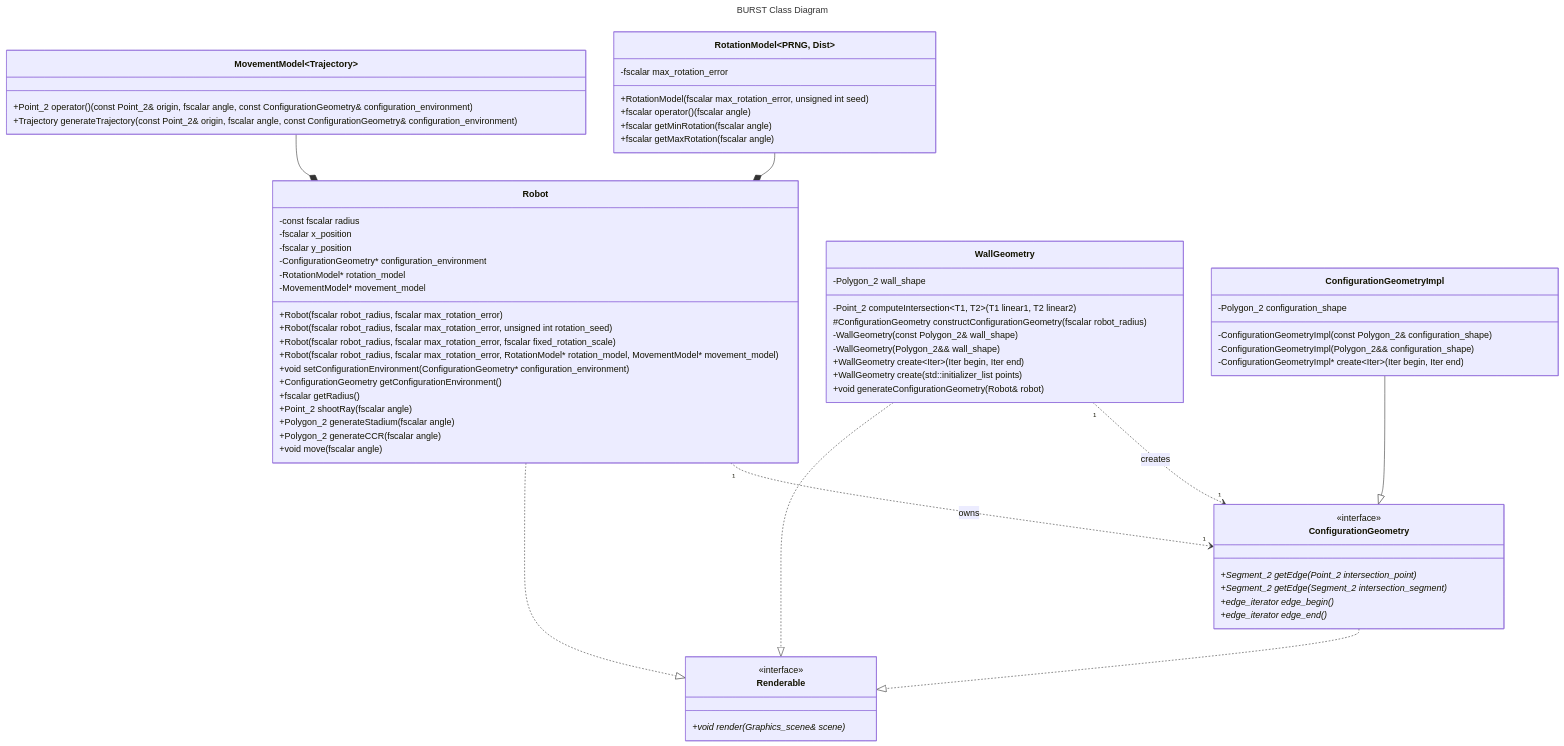
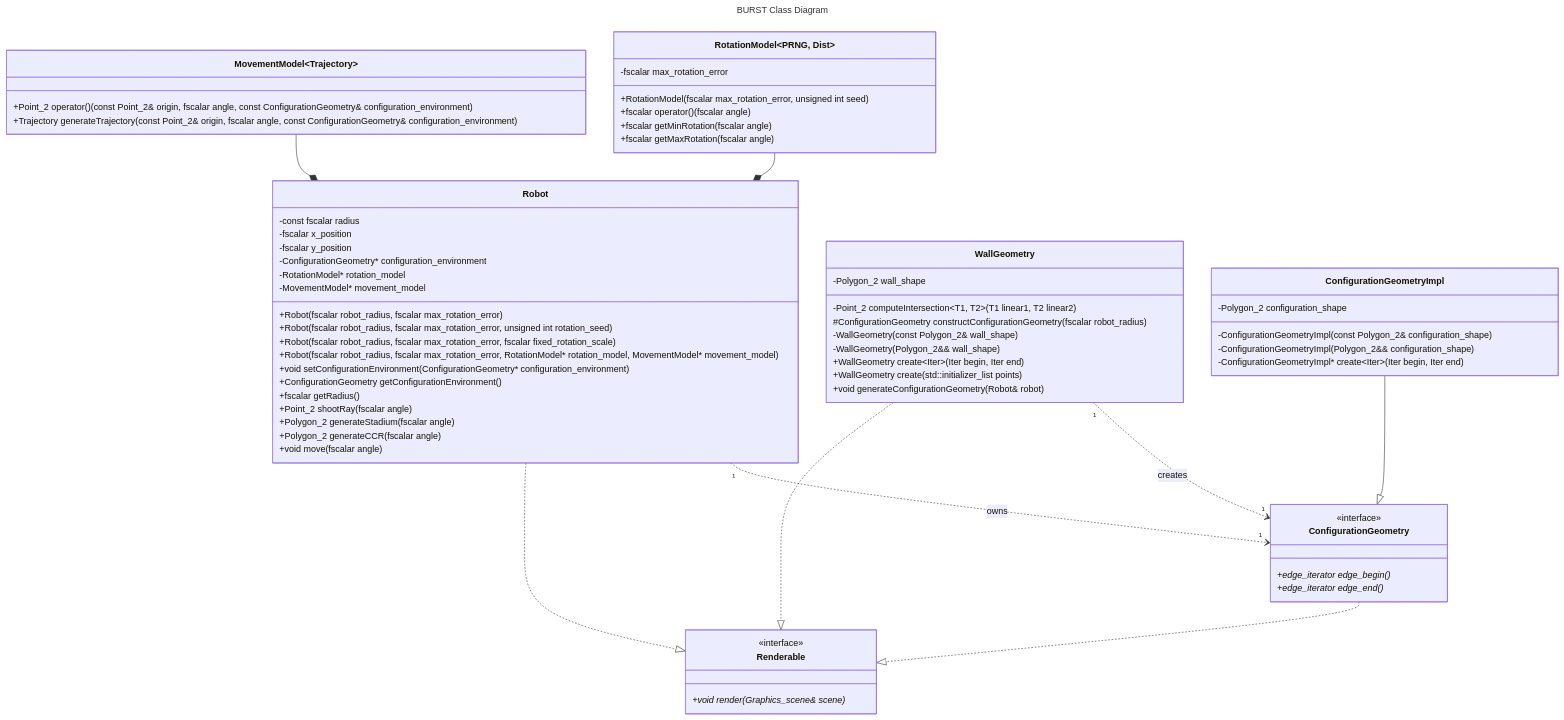
One commit to KedarPanchal/DAIR-BURST changed the diagram in docs/DESIGN.md. Above: the diagram before and after it, drawn with Mermaid. The commit also changed other lines of this file and 2 other files, not shown here.

````diff
--- a/docs/DESIGN.md
+++ b/docs/DESIGN.md
@@ -16,82 +16,80 @@
 ```mermaid
 ---
 title: BURST Class Diagram
 ---
 classDiagram
     direction TD
     class RotationModel~PRNG, Dist~ {
         -fscalar max_rotation_error
         
         +RotationModel(fscalar max_rotation_error, unsigned int seed)
         +fscalar operator() (fscalar angle)
         +fscalar getMinRotation(fscalar angle)
         +fscalar getMaxRotation(fscalar angle)
     }
     
     class MovementModel~Trajectory~ {
         +Point_2 operator() (const Point_2& origin, fscalar angle, const ConfigurationGeometry& configuration_environment)
         +Trajectory generateTrajectory(const Point_2& origin, fscalar angle, const ConfigurationGeometry& configuration_environment)
     }
 
     class Renderable {
         +void render(Graphics_scene& scene)*
     }
     <<interface>> Renderable
 
     class Robot {
         -const fscalar radius
         -fscalar x_position
         -fscalar y_position
         -ConfigurationGeometry* configuration_environment
         -RotationModel* rotation_model
         -MovementModel* movement_model
 
         +Robot(fscalar robot_radius, fscalar max_rotation_error)
         +Robot(fscalar robot_radius, fscalar max_rotation_error, unsigned int rotation_seed)
         +Robot(fscalar robot_radius, fscalar max_rotation_error, fscalar fixed_rotation_scale)
         +Robot(fscalar robot_radius, fscalar max_rotation_error, RotationModel* rotation_model, MovementModel* movement_model)
         +void setConfigurationEnvironment(ConfigurationGeometry* configuration_environment)
         +ConfigurationGeometry getConfigurationEnvironment()
         +fscalar getRadius()
         +Point_2 shootRay(fscalar angle)
         +Polygon_2 generateStadium(fscalar angle)
         +Polygon_2 generateCCR(fscalar angle)
         +void move(fscalar angle)
     }
     Robot ..|> Renderable
     MovementModel --* Robot
     RotationModel --* Robot
 
     class WallGeometry {
         -Polygon_2 wall_shape
 
         -Point_2 computeIntersection~T1, T2~(T1 linear1, T2 linear2)
         #ConfigurationGeometry constructConfigurationGeometry(fscalar robot_radius)
         -WallGeometry(const Polygon_2& wall_shape)
         -WallGeometry(Polygon_2&& wall_shape)
         +WallGeometry create~Iter~(Iter begin, Iter end)
         +WallGeometry create(std::initializer_list<Point_2> points)
         +void generateConfigurationGeometry(Robot& robot)
     }
     WallGeometry ..|> Renderable
 
     class ConfigurationGeometry {
-        +Segment_2 getEdge(Point_2 intersection_point)*
-        +Segment_2 getEdge(Segment_2 intersection_segment)*
         +edge_iterator edge_begin()*
         +edge_iterator edge_end()*
     }
     <<interface>> ConfigurationGeometry
     ConfigurationGeometry ..|> Renderable
     WallGeometry "1" ..> "1" ConfigurationGeometry : creates
     Robot "1" ..> "1" ConfigurationGeometry : owns
 
     class ConfigurationGeometryImpl {
         -Polygon_2 configuration_shape
 
         -ConfigurationGeometryImpl(const Polygon_2& configuration_shape)
         -ConfigurationGeometryImpl(Polygon_2&& configuration_shape)
         -ConfigurationGeometryImpl* create~Iter~(Iter begin, Iter end)
     }
     ConfigurationGeometryImpl --|> ConfigurationGeometry
 ```
````
